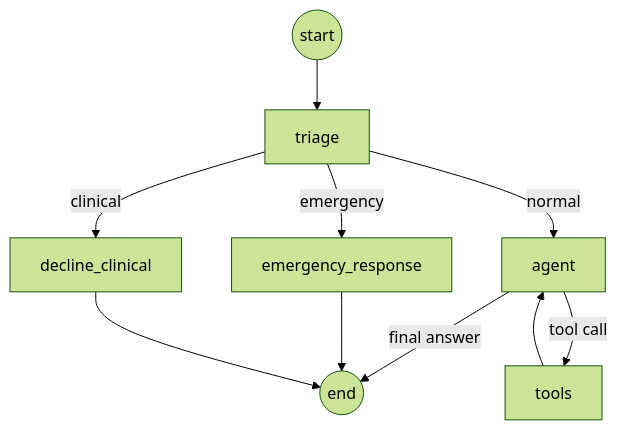
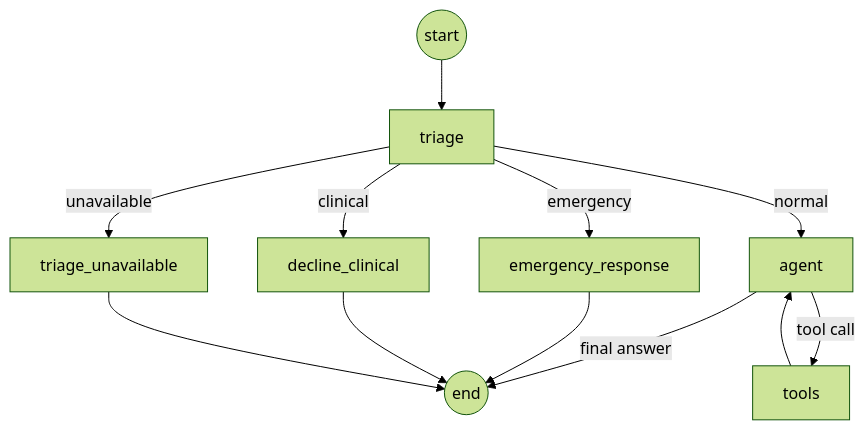
The second of 2 diagrams in docs/architecture.md (rozi-bb/caredesk), drawn with Mermaid (forest theme) before and after one commit. The commit also changed other lines of this file and 26 other files, not shown here.

````diff
--- a/docs/architecture.md
+++ b/docs/architecture.md
@@ -68,12 +70,14 @@
 ```mermaid
 flowchart TD
     START((start)) --> T["triage"]
     T -->|emergency| E["emergency_response"]
     T -->|clinical| C["decline_clinical"]
+    T -->|unavailable| U["triage_unavailable"]
     T -->|normal| A["agent"]
     A -->|tool call| TL["tools"]
     TL --> A
     A -->|final answer| END((end))
     E --> END
     C --> END
+    U --> END
 ```
````
